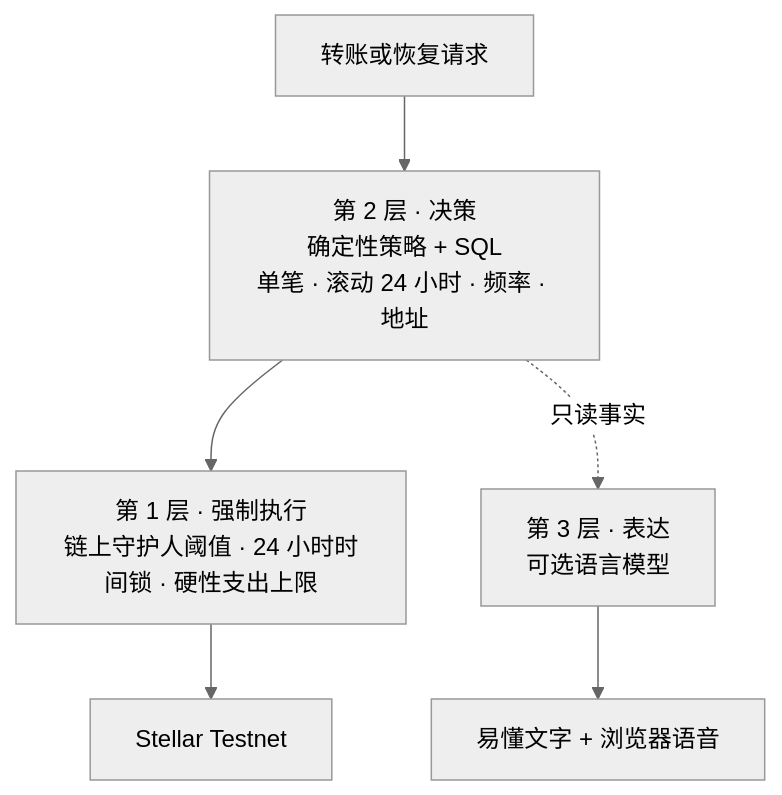
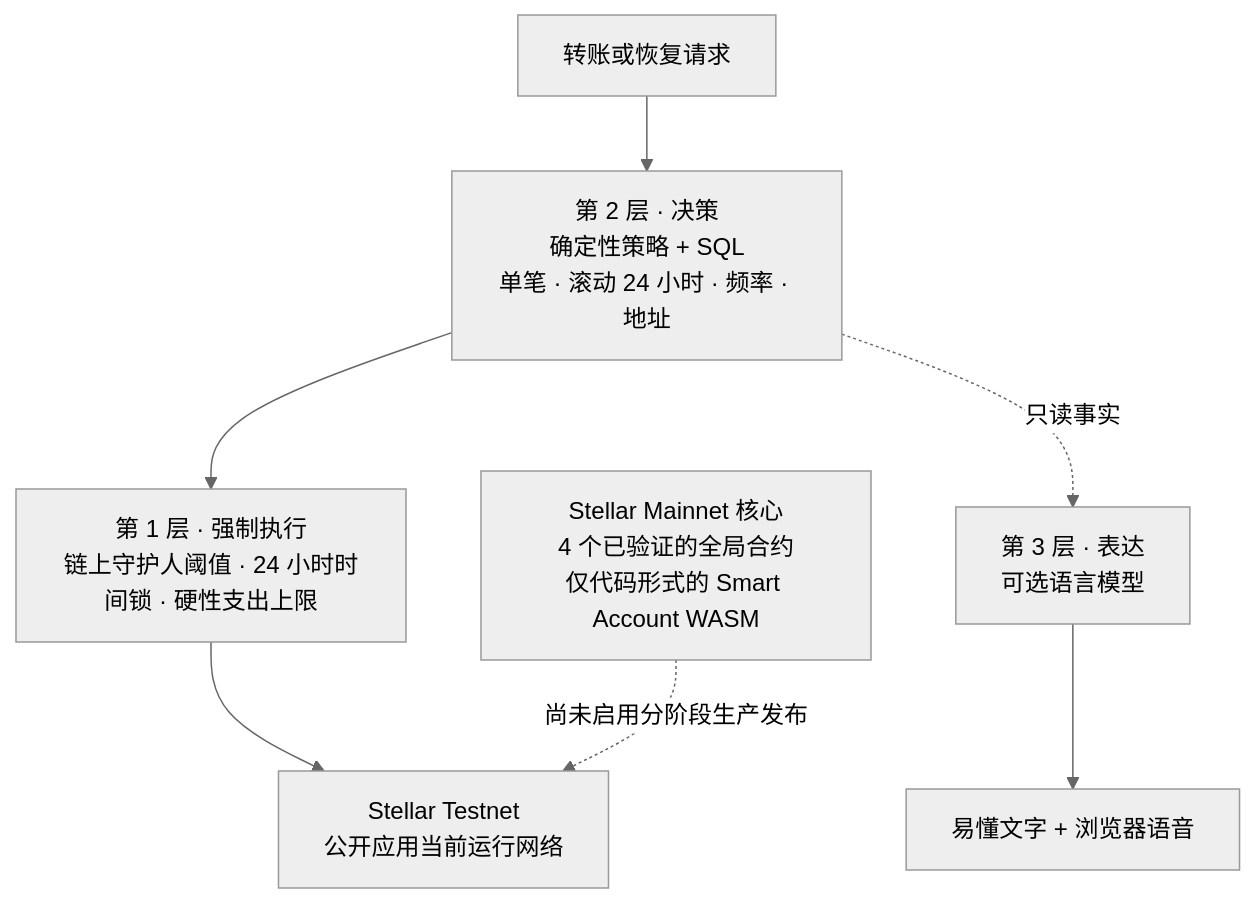
Before and after one commit to msci2049-hkt/vigiadinh: the fourth of 4 diagrams in README.zh.md, drawn with Mermaid (neutral theme). The commit also changed other lines of this file and 2 other files, not shown here.

Commit message:
docs(readme): document verified Mainnet core

````diff
--- a/README.zh.md
+++ b/README.zh.md
@@ -181,8 +229,10 @@
 ```mermaid
 graph TD
     T["转账或恢复请求"] --> L2["第 2 层 · 决策<br/>确定性策略 + SQL<br/>单笔 · 滚动 24 小时 · 频率 · 地址"]
     L2 --> L1["第 1 层 · 强制执行<br/>链上守护人阈值 · 24 小时时间锁 · 硬性支出上限"]
-    L1 --> S["Stellar Testnet"]
+    L1 --> TN["Stellar Testnet<br/>公开应用当前运行网络"]
     L2 -.->|"只读事实"| L3["第 3 层 · 表达<br/>可选语言模型"]
     L3 --> U["易懂文字 + 浏览器语音"]
+    MN["Stellar Mainnet 核心<br/>4 个已验证的全局合约<br/>仅代码形式的 Smart Account WASM"]
+    MN -.->|"尚未启用分阶段生产发布"| TN
 ```
````
